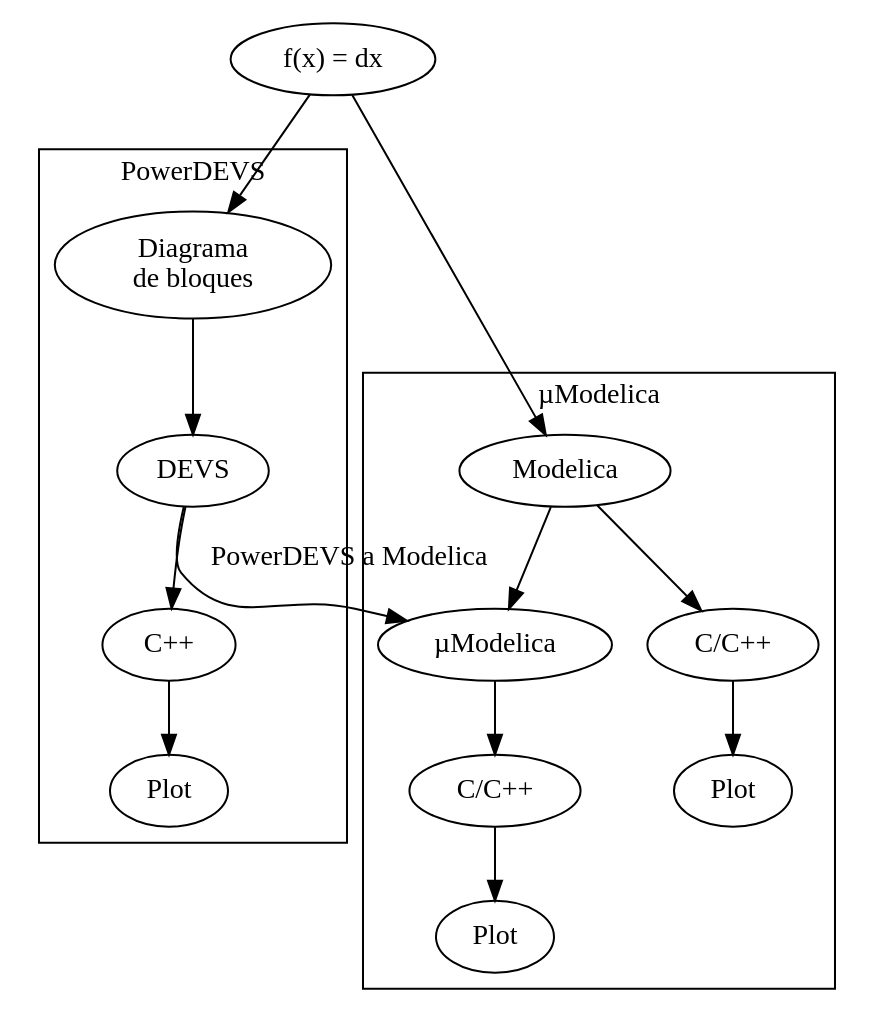
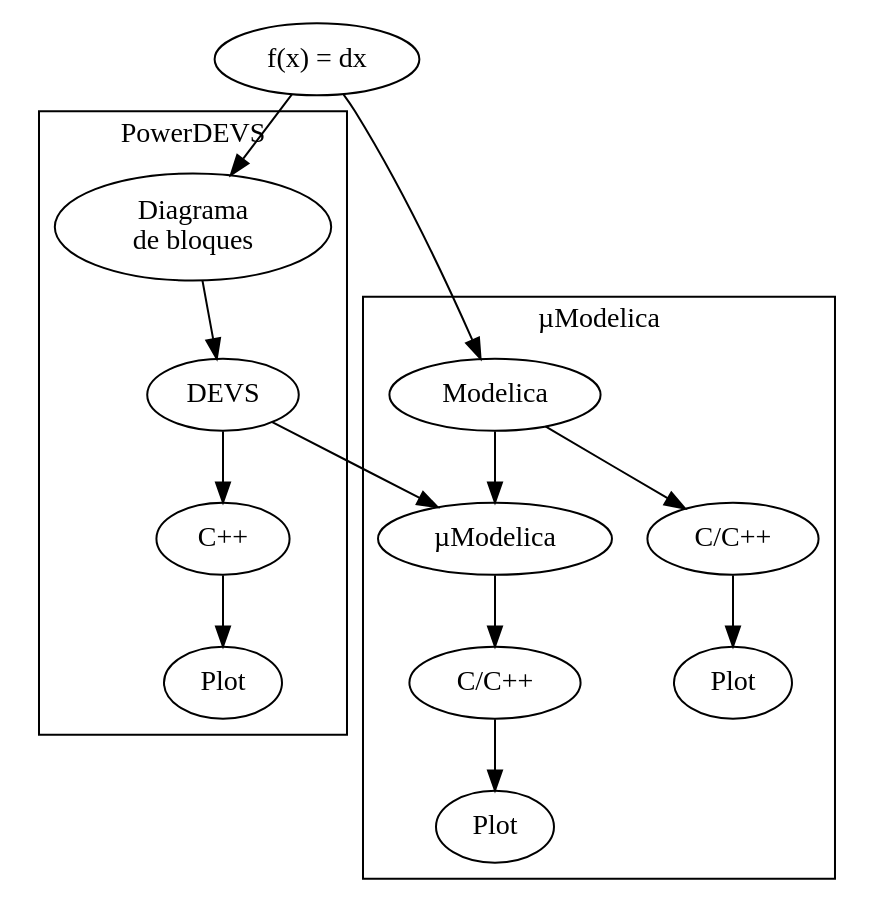
The diagram in doc/tesina/esquema.dot (lucciano/pd2mo), drawn with Graphviz before and after one commit. The commit also changed 2 other files, not shown here.

```diff
--- a/doc/tesina/esquema.dot
+++ b/doc/tesina/esquema.dot
@@ -1,27 +1,27 @@
 digraph G {
 
 	subgraph cluster_0 {
 		a0 -> a1 -> a2 -> a3;
 		label = "PowerDEVS";
 	}
 
 	subgraph cluster_1 {
 		b0 -> b1 -> b2 -> b3;
 		b0 -> b0_1 -> b0_2
 		label = "µModelica";
 	}
 	start -> a0;
 	start -> b0;
 	a0 [label="Diagrama \n de bloques"]
 	a1 [label="DEVS"]
 	a2 [label="C++"]
 	a3 [label="Plot"]
 	b0 [label="Modelica"] 
 	b0_1 [label="C/C++"]
 	b0_2 [label="Plot"]
         b1 [label="µModelica"]
-	a1 -> b1 [ label="PowerDEVS a Modelica" ];
+ 	a1 -> b1 //[ label="PowerDEVS a Modelica" ];
 	b2 [label="C/C++"]
 	b3 [label="Plot"]
 	start [label="f(x) = dx"];
 }
```
